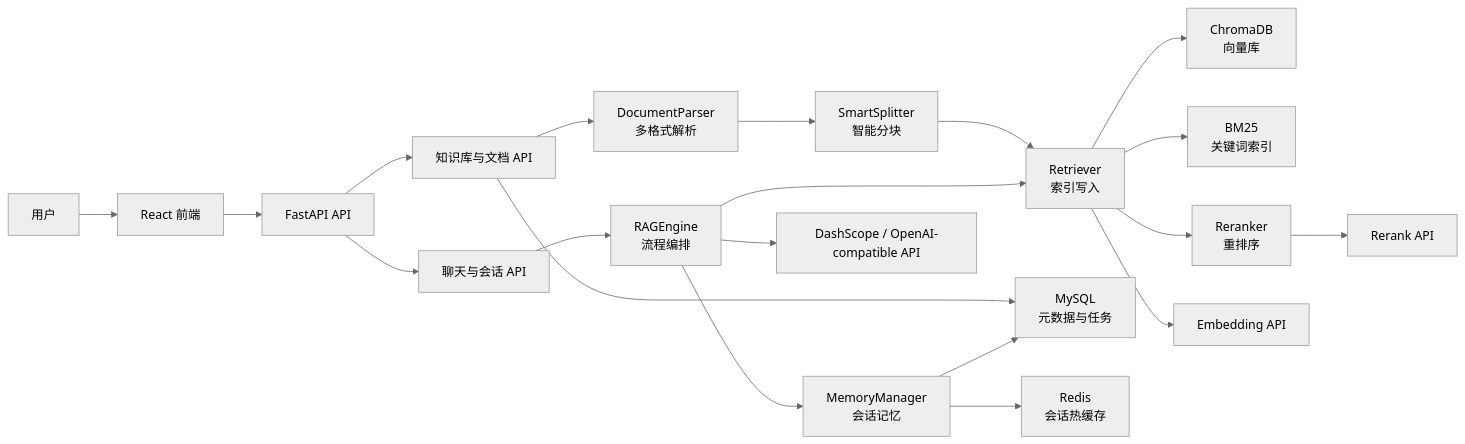
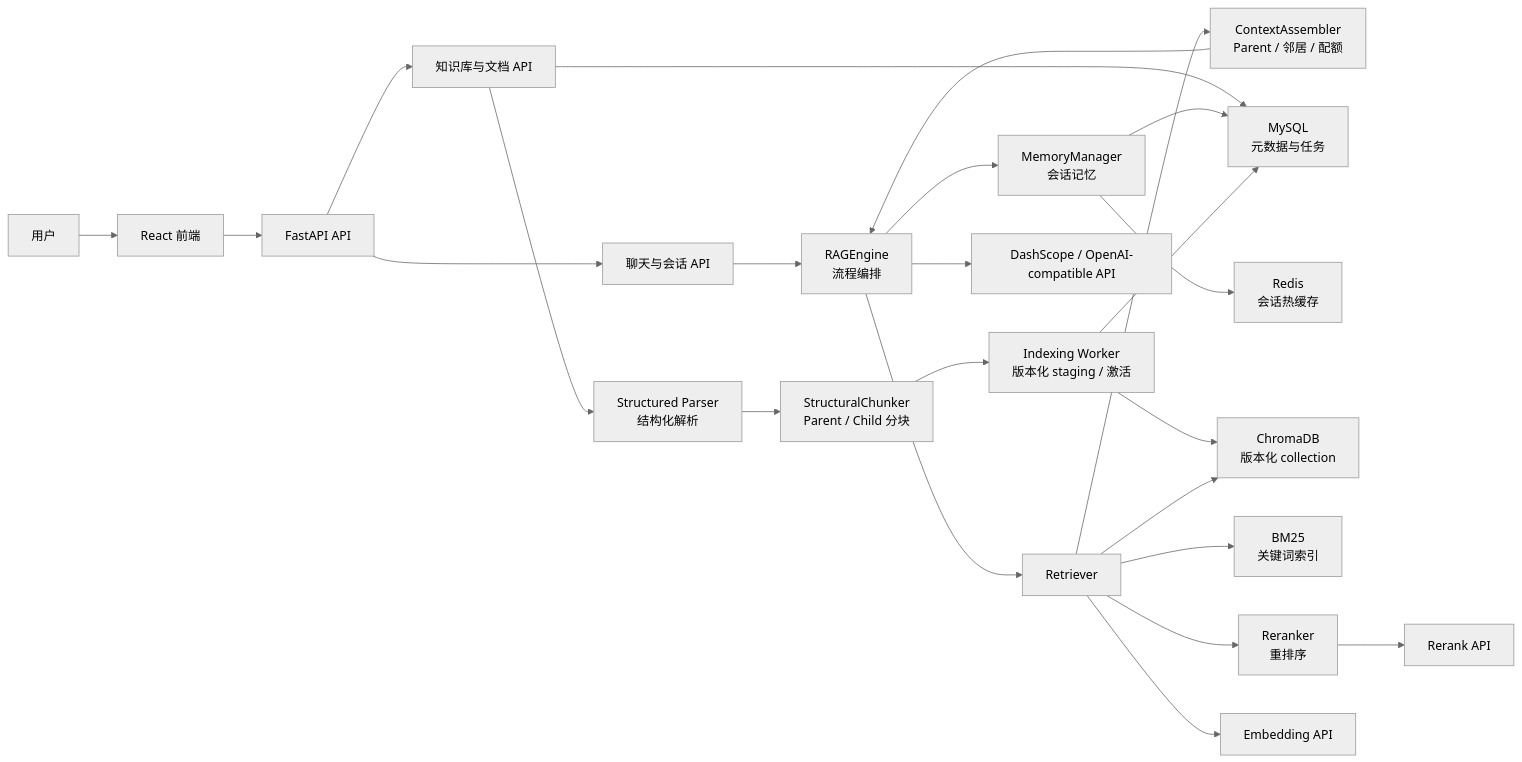
Before and after one commit to zhyper611/KBzhy: the diagram in README.md, drawn with Mermaid (neutral theme). The commit also changed other lines of this file and 1 other file, not shown here.

Commit message:
docs: document rag pipeline v2

````diff
--- a/README.md
+++ b/README.md
@@ -55,27 +56,31 @@
 ```mermaid
 flowchart LR
     User["用户"] --> UI["React 前端"]
     UI --> API["FastAPI API"]
 
     API --> KB["知识库与文档 API"]
     API --> Chat["聊天与会话 API"]
 
-    KB --> Parser["DocumentParser<br/>多格式解析"]
-    Parser --> Splitter["SmartSplitter<br/>智能分块"]
-    Splitter --> Retriever["Retriever<br/>索引写入"]
+    KB --> Parser["Structured Parser<br/>结构化解析"]
+    Parser --> Splitter["StructuralChunker<br/>Parent / Child 分块"]
+    Splitter --> Indexer["Indexing Worker<br/>版本化 staging / 激活"]
 
     Chat --> Engine["RAGEngine<br/>流程编排"]
     Engine --> Retriever
+    Retriever --> Context["ContextAssembler<br/>Parent / 邻居 / 配额"]
+    Context --> Engine
     Engine --> Memory["MemoryManager<br/>会话记忆"]
     KB --> MySQL["MySQL<br/>元数据与任务"]
     Memory --> Redis["Redis<br/>会话热缓存"]
     Memory --> MySQL
 
-    Retriever --> Chroma["ChromaDB<br/>向量库"]
+    Indexer --> MySQL
+    Indexer --> Chroma["ChromaDB<br/>版本化 collection"]
+    Retriever --> Chroma
     Retriever --> BM25["BM25<br/>关键词索引"]
     Retriever --> Rerank["Reranker<br/>重排序"]
 
     Engine --> LLM["DashScope / OpenAI-compatible API"]
     Retriever --> Embedding["Embedding API"]
     Rerank --> RerankAPI["Rerank API"]
 ```
````
